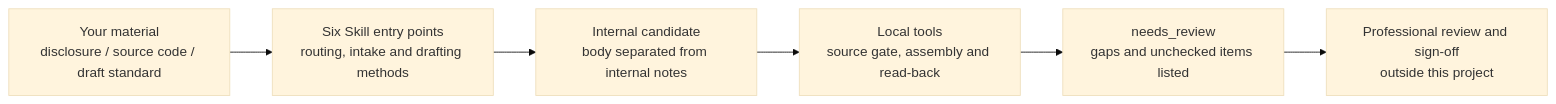
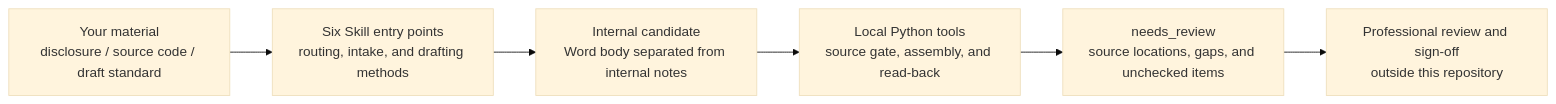
The diagram in README_EN.md (duyunzhoudyz/dyz-patent-copyright-skills), drawn with Mermaid (base theme) before and after one commit. The commit also changed other lines of this file and 1 other file, not shown here.

Commit message:
docs: rewrite bilingual READMEs in plain human voice highlighting Skill value

````diff
--- a/README_EN.md
+++ b/README_EN.md
@@ -186,8 +197,8 @@
 ```mermaid
 flowchart LR
-    input["Your material<br/>disclosure / source code / draft standard"] --> skills["Six Skill entry points<br/>routing, intake and drafting methods"]
-    skills --> draft["Internal candidate<br/>body separated from internal notes"]
-    draft --> tools["Local tools<br/>source gate, assembly and read-back"]
-    tools --> review["needs_review<br/>gaps and unchecked items listed"]
-    review --> signoff["Professional review and sign-off<br/>outside this project"]
+    input["Your material<br/>disclosure / source code / draft standard"] --> skills["Six Skill entry points<br/>routing, intake, and drafting methods"]
+    skills --> draft["Internal candidate<br/>Word body separated from internal notes"]
+    draft --> tools["Local Python tools<br/>source gate, assembly, and read-back"]
+    tools --> review["needs_review<br/>source locations, gaps, and unchecked items"]
+    review --> signoff["Professional review and sign-off<br/>outside this repository"]
 ```
````
